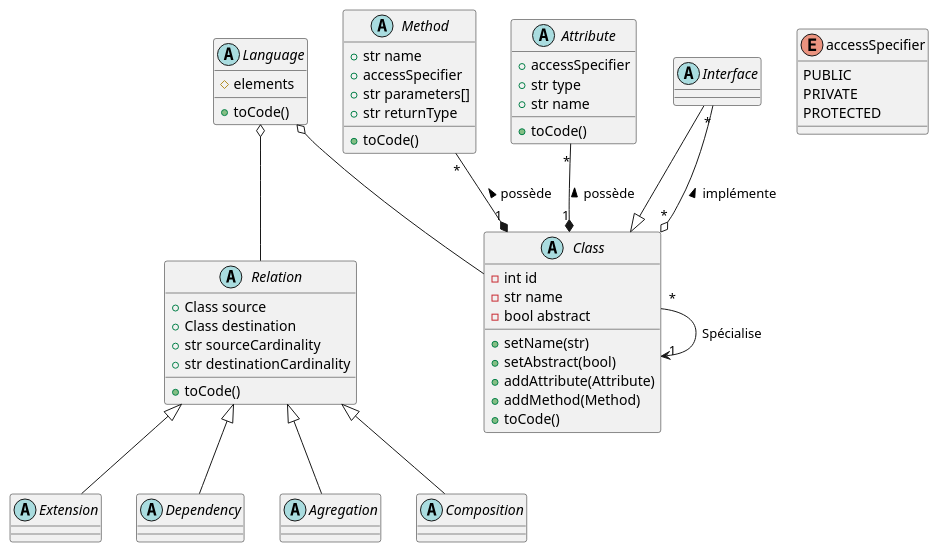
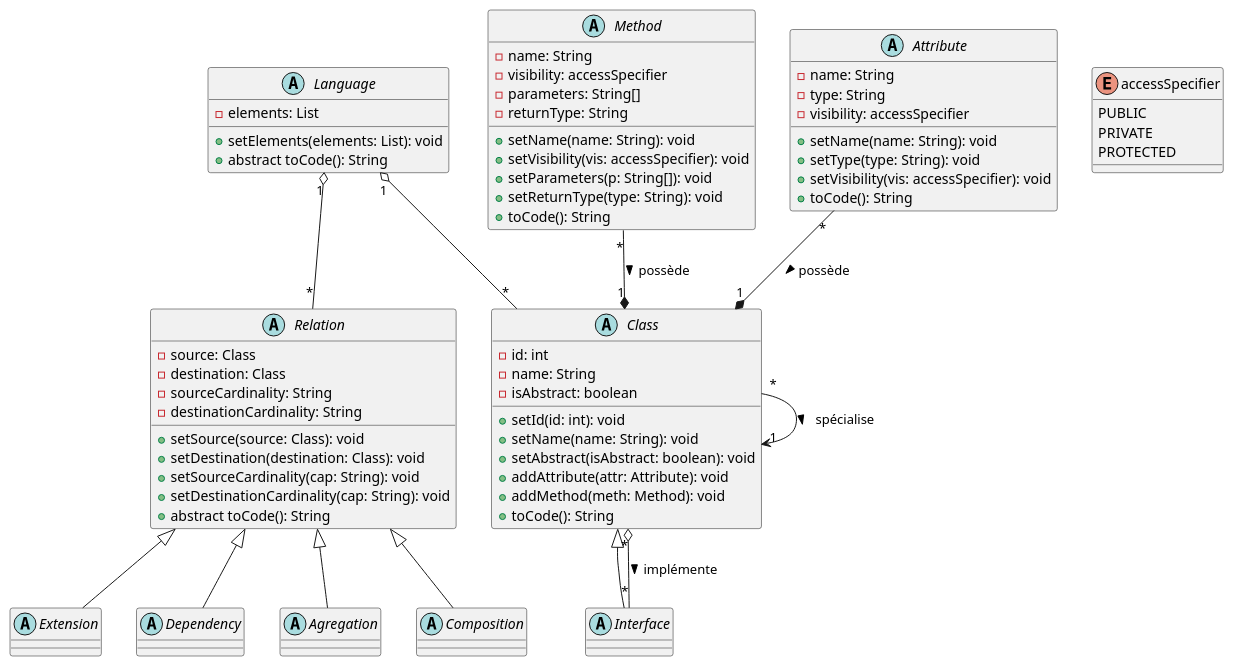
The diagram in core/core_diagram.puml (bobbysenior/uml2code-mirror), drawn with PlantUML before and after one commit. The commit also changed 1 other file, not shown here.

```diff
--- a/core/core_diagram.puml
+++ b/core/core_diagram.puml
@@ -1,74 +1,81 @@
 @startuml
 
 abstract class Language {
-  #elements
-  +toCode()
+  - elements: List
+  + setElements(elements: List): void
+  + abstract toCode(): String
 }
 
 abstract class Relation {
-  +Class source
-  +Class destination
-  +str sourceCardinality
-  +str destinationCardinality
-  +toCode()
+  - source: Class
+  - destination: Class
+  - sourceCardinality: String
+  - destinationCardinality: String
+  
+  + setSource(source: Class): void
+  + setDestination(destination: Class): void
+  + setSourceCardinality(cap: String): void
+  + setDestinationCardinality(cap: String): void
+  + abstract toCode(): String
 }
 
-abstract class Extension {
-
-}
-abstract class Dependency {}
-abstract class Agregation {}
-abstract class Composition {}
+abstract class Extension extends Relation {}
+abstract class Dependency extends Relation {}
+abstract class Agregation extends Relation {}
+abstract class Composition extends Relation {}
 
 abstract class Class {
-  -int id
-  -str name
-  -bool abstract
-  +setName(str)
-  +setAbstract(bool)
-  +addAttribute(Attribute)
-  +addMethod(Method)
-  +toCode()
+  - id: int
+  - name: String
+  - isAbstract: boolean
+  
+  + setId(id: int): void
+  + setName(name: String): void
+  + setAbstract(isAbstract: boolean): void
+  + addAttribute(attr: Attribute): void
+  + addMethod(meth: Method): void
+  + toCode(): String
 }
 
 abstract class Method {
-  +str name
-  +accessSpecifier
-  +str parameters[]
-  +str returnType
-  +toCode()
+  - name: String
+  - visibility: accessSpecifier
+  - parameters: String[]
+  - returnType: String
+  
+  + setName(name: String): void
+  + setVisibility(vis: accessSpecifier): void
+  + setParameters(p: String[]): void
+  + setReturnType(type: String): void
+  + toCode(): String
 }
 
 abstract class Attribute {
-  +accessSpecifier
-  +str type
-  +str name
-  +toCode()
+  - name: String
+  - type: String
+  - visibility: accessSpecifier
+  
+  + setName(name: String): void
+  + setType(type: String): void
+  + setVisibility(vis: accessSpecifier): void
+  + toCode(): String
 }
 
-abstract class Interface {
-}
+abstract class Interface extends Class {}
 
 enum accessSpecifier {
   PUBLIC
   PRIVATE
   PROTECTED
 }
 
-Interface --|> Class
+' Relations
+Attribute "*" --* "1" Class : possède >
+Method "*" --* "1" Class : possède >
+Interface "*" --o "*" Class : implémente <
+Class "*" --> "1" Class : spécialise >
 
-Attribute "*" --* "1" Class : < possède
-Method "*" --* "1" Class : < possède
-Interface "*" --o "*" Class : implémente <
-Class "*" --> "1" Class : Spécialise
-
-Relation <|-- Extension
-Relation <|-- Dependency
-Relation <|-- Agregation
-Relation <|-- Composition
-
-
-Language o-- Relation
-Language o-- Class
+Language "1" o-- "*" Relation
+Language "1" o-- "*" Class
 
 @enduml
```
